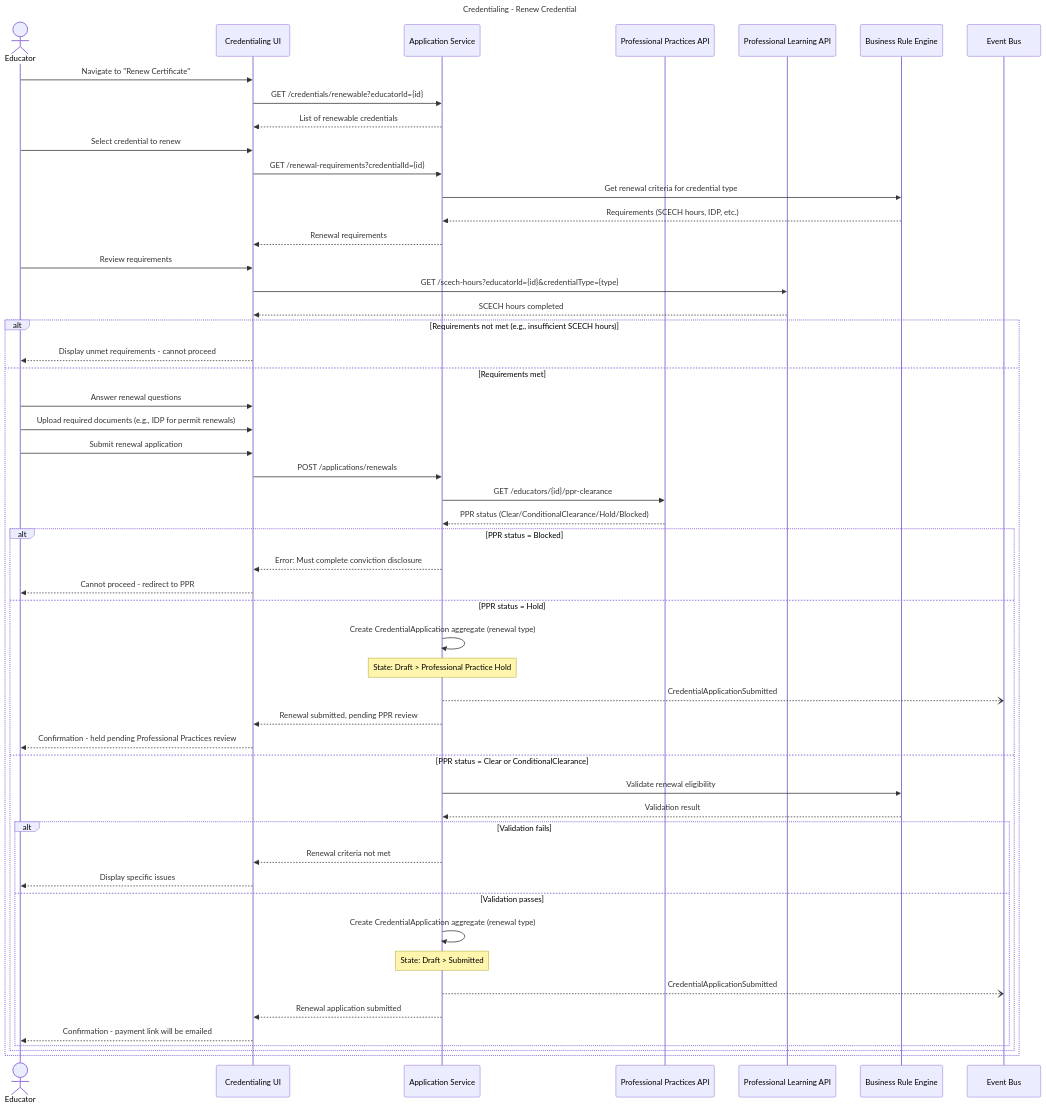
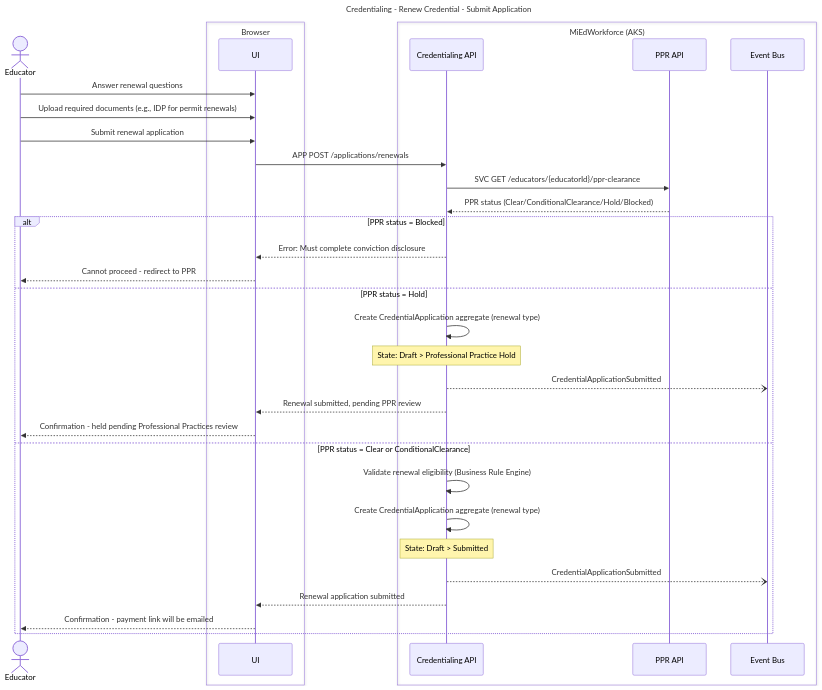
The ninth of 23 diagrams in working-docs/solution-areas/credentialing/credentialing-sequences.md (mnichols-dl/mied-design), drawn with Mermaid before and after one commit. The commit also changed other lines of this file and 34 other files, not shown here.

Commit message:
Update sequences and perform RTM assessment

````diff
--- a/working-docs/solution-areas/credentialing/credentialing-sequences.md
+++ b/working-docs/solution-areas/credentialing/credentialing-sequences.md
@@ -410,65 +553,42 @@
 ```mermaid
 ---
-title: Credentialing - Renew Credential
+title: Credentialing - Renew Credential - Submit Application
 ---
 sequenceDiagram
     actor Educator
-    participant UI as Credentialing UI
-    participant AppService as Application Service
-    participant PPR as Professional Practices API
-    participant ProfLearning as Professional Learning API
-    participant BRM as Business Rule Engine
-    participant EventBus as Event Bus
-    
-    Educator->>UI: Navigate to "Renew Certificate"
-    UI->>AppService: GET /credentials/renewable?educatorId={id}
-    AppService-->>UI: List of renewable credentials
-    
-    Educator->>UI: Select credential to renew
-    UI->>AppService: GET /renewal-requirements?credentialId={id}
-    AppService->>BRM: Get renewal criteria for credential type
-    BRM-->>AppService: Requirements (SCECH hours, IDP, etc.)
-    AppService-->>UI: Renewal requirements
-    
-    Educator->>UI: Review requirements
-    UI->>ProfLearning: GET /scech-hours?educatorId={id}&credentialType={type}
-    ProfLearning-->>UI: SCECH hours completed
-    
-    alt Requirements not met (e.g., insufficient SCECH hours)
-        UI-->>Educator: Display unmet requirements - cannot proceed
-    else Requirements met
-        Educator->>UI: Answer renewal questions
-        Educator->>UI: Upload required documents (e.g., IDP for permit renewals)
-        Educator->>UI: Submit renewal application
-        
-        UI->>AppService: POST /applications/renewals
-        AppService->>PPR: GET /educators/{id}/ppr-clearance
-        PPR-->>AppService: PPR status (Clear/ConditionalClearance/Hold/Blocked)
+    box Browser
+        participant UI
+    end
+    box MiEdWorkforce (AKS)
+        participant CredApi as Credentialing API
+        participant PprApi as PPR API
+        participant EventBus as Event Bus
+    end
 
-        alt PPR status = Blocked
-            AppService-->>UI: Error: Must complete conviction disclosure
-            UI-->>Educator: Cannot proceed - redirect to PPR
-        else PPR status = Hold
-            AppService->>AppService: Create CredentialApplication aggregate (renewal type)
-            Note over AppService: State: Draft > Professional Practice Hold
-            AppService--)EventBus: CredentialApplicationSubmitted
-            AppService-->>UI: Renewal submitted, pending PPR review
-            UI-->>Educator: Confirmation - held pending Professional Practices review
-        else PPR status = Clear or ConditionalClearance
-            AppService->>BRM: Validate renewal eligibility
-            BRM-->>AppService: Validation result
+    Educator->>UI: Answer renewal questions
+    Educator->>UI: Upload required documents (e.g., IDP for permit renewals)
+    Educator->>UI: Submit renewal application
 
-            alt Validation fails
-                AppService-->>UI: Renewal criteria not met
-                UI-->>Educator: Display specific issues
-            else Validation passes
-                AppService->>AppService: Create CredentialApplication aggregate (renewal type)
-                Note over AppService: State: Draft > Submitted
+    UI->>CredApi: APP POST /applications/renewals
+    CredApi->>PprApi: SVC GET /educators/{educatorId}/ppr-clearance
+    PprApi-->>CredApi: PPR status (Clear/ConditionalClearance/Hold/Blocked)
 
-                AppService--)EventBus: CredentialApplicationSubmitted
-                AppService-->>UI: Renewal application submitted
-                UI-->>Educator: Confirmation - payment link will be emailed
-            end
-        end
+    alt PPR status = Blocked
+        CredApi-->>UI: Error: Must complete conviction disclosure
+        UI-->>Educator: Cannot proceed - redirect to PPR
+    else PPR status = Hold
+        CredApi->>CredApi: Create CredentialApplication aggregate (renewal type)
+        Note over CredApi: State: Draft > Professional Practice Hold
+        CredApi--)EventBus: CredentialApplicationSubmitted
+        CredApi-->>UI: Renewal submitted, pending PPR review
+        UI-->>Educator: Confirmation - held pending Professional Practices review
+    else PPR status = Clear or ConditionalClearance
+        CredApi->>CredApi: Validate renewal eligibility (Business Rule Engine)
+        CredApi->>CredApi: Create CredentialApplication aggregate (renewal type)
+        Note over CredApi: State: Draft > Submitted
+
+        CredApi--)EventBus: CredentialApplicationSubmitted
+        CredApi-->>UI: Renewal application submitted
+        UI-->>Educator: Confirmation - payment link will be emailed
     end
 ```
````
